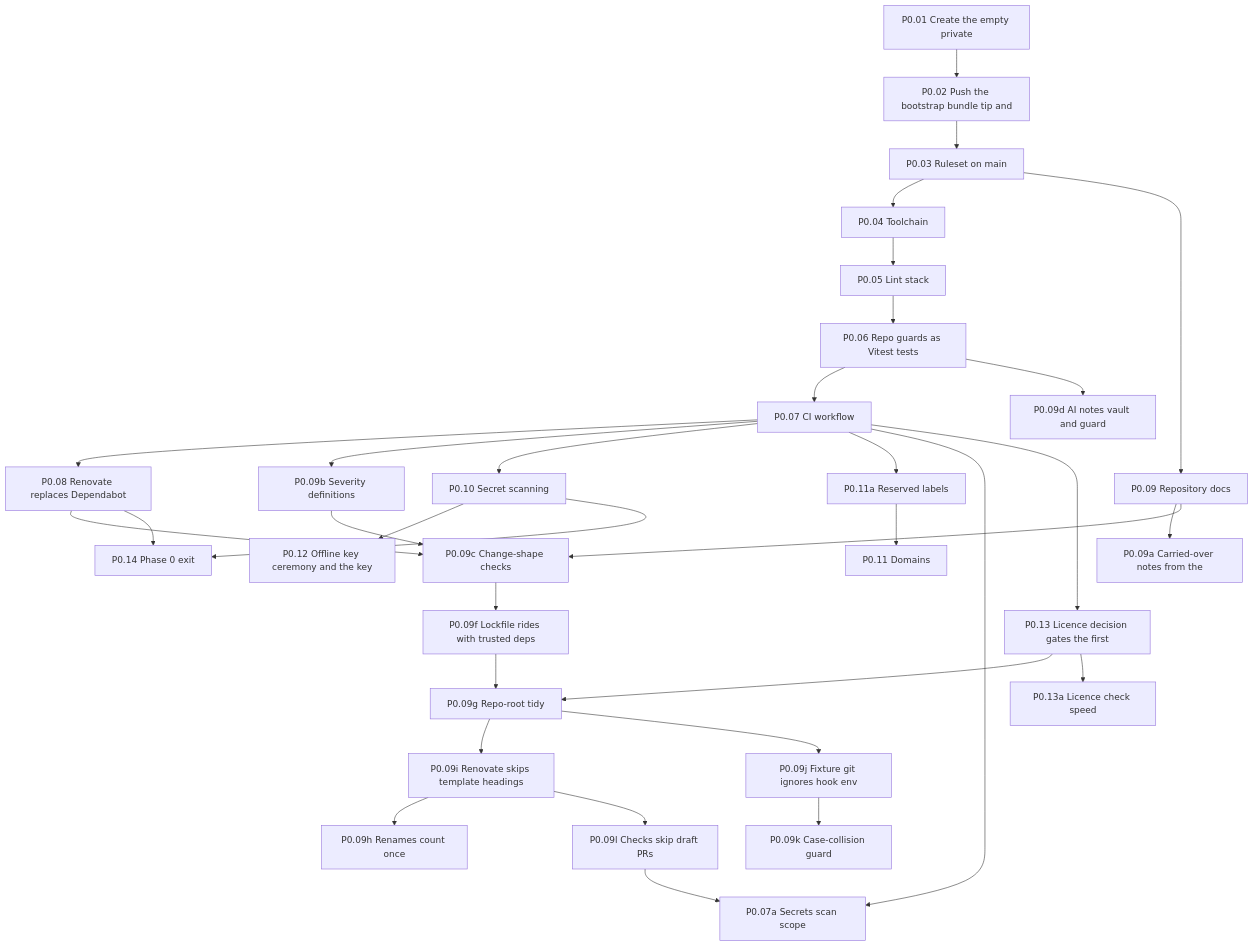
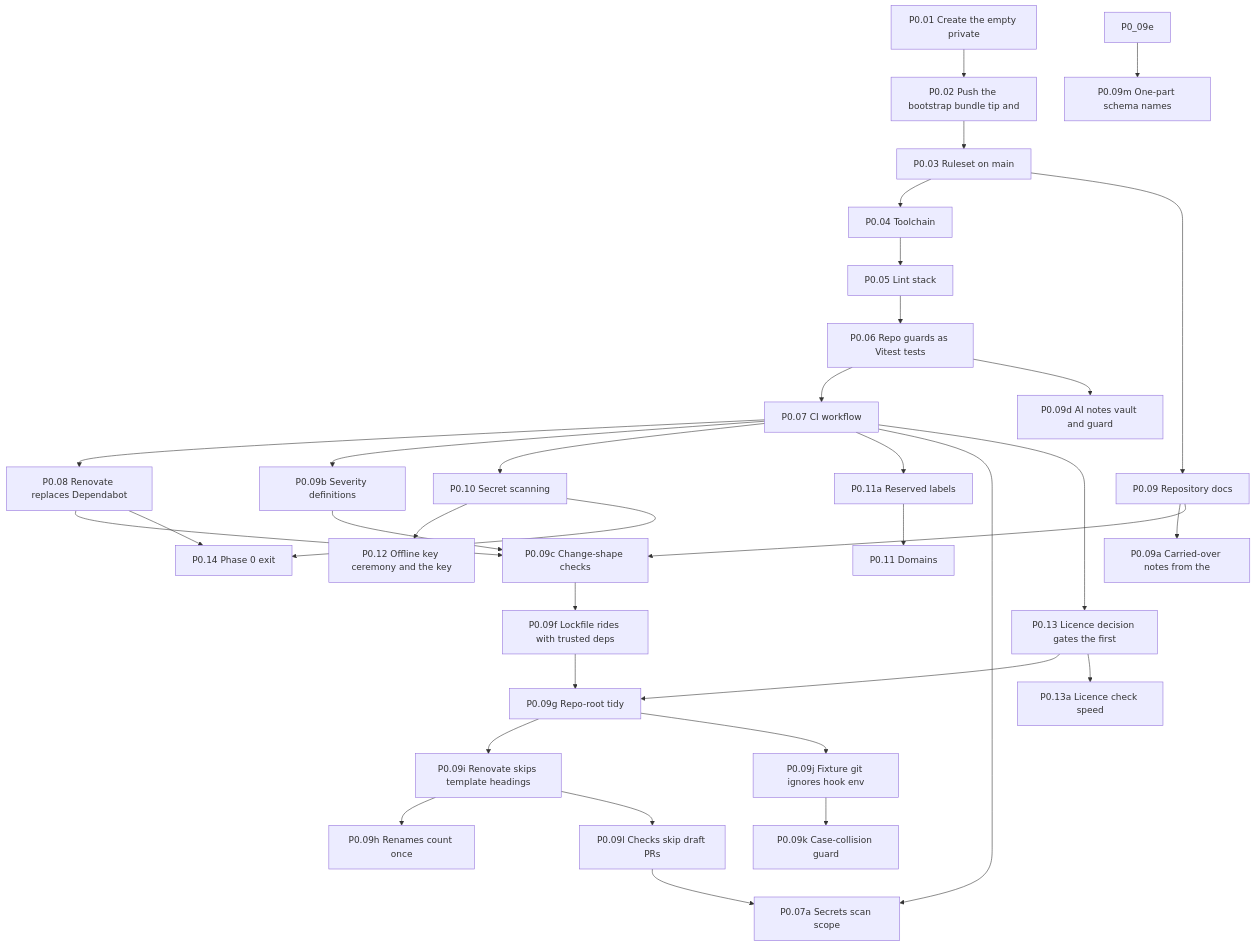
Before and after one commit to Undefined6799/unset: the first of 11 diagrams in docs/ai/book/01-outline.md, drawn with Mermaid. The commit also changed other lines of this file and 3 other files, not shown here.

````diff
--- a/docs/ai/book/01-outline.md
+++ b/docs/ai/book/01-outline.md
@@ -59,63 +60,65 @@
 ```mermaid
 flowchart TD
   P0_01["P0.01 Create the empty private"]
   P0_02["P0.02 Push the bootstrap bundle tip and"]
   P0_03["P0.03 Ruleset on main"]
   P0_04["P0.04 Toolchain"]
   P0_05["P0.05 Lint stack"]
   P0_06["P0.06 Repo guards as Vitest tests"]
   P0_07["P0.07 CI workflow"]
   P0_08["P0.08 Renovate replaces Dependabot"]
   P0_09["P0.09 Repository docs"]
   P0_09a["P0.09a Carried-over notes from the"]
   P0_09b["P0.09b Severity definitions"]
   P0_09c["P0.09c Change-shape checks"]
   P0_09d["P0.09d AI notes vault and guard"]
   P0_09f["P0.09f Lockfile rides with trusted deps"]
   P0_09g["P0.09g Repo-root tidy"]
   P0_09h["P0.09h Renames count once"]
   P0_09i["P0.09i Renovate skips template headings"]
   P0_09l["P0.09l Checks skip draft PRs"]
   P0_07a["P0.07a Secrets scan scope"]
   P0_09j["P0.09j Fixture git ignores hook env"]
   P0_09k["P0.09k Case-collision guard"]
+  P0_09m["P0.09m One-part schema names"]
   P0_10["P0.10 Secret scanning"]
   P0_11a["P0.11a Reserved labels"]
   P0_11["P0.11 Domains"]
   P0_12["P0.12 Offline key ceremony and the key"]
   P0_13["P0.13 Licence decision gates the first"]
   P0_13a["P0.13a Licence check speed"]
   P0_14["P0.14 Phase 0 exit"]
   P0_01 --> P0_02
   P0_02 --> P0_03
   P0_03 --> P0_04
   P0_04 --> P0_05
   P0_05 --> P0_06
   P0_06 --> P0_07
   P0_07 --> P0_08
   P0_03 --> P0_09
   P0_09 --> P0_09a
   P0_07 --> P0_09b
   P0_08 --> P0_09c
   P0_09 --> P0_09c
   P0_09b --> P0_09c
   P0_06 --> P0_09d
   P0_09c --> P0_09f
   P0_09f --> P0_09g
   P0_13 --> P0_09g
   P0_09g --> P0_09i
   P0_09g --> P0_09j
   P0_09i --> P0_09h
   P0_09j --> P0_09k
+  P0_09e --> P0_09m
   P0_09i --> P0_09l
   P0_07 --> P0_10
   P0_07 --> P0_11a
   P0_07 --> P0_07a
   P0_09l --> P0_07a
   P0_11a --> P0_11
   P0_10 --> P0_12
   P0_07 --> P0_13
   P0_13 --> P0_13a
   P0_08 --> P0_14
   P0_10 --> P0_14
 ```
````
